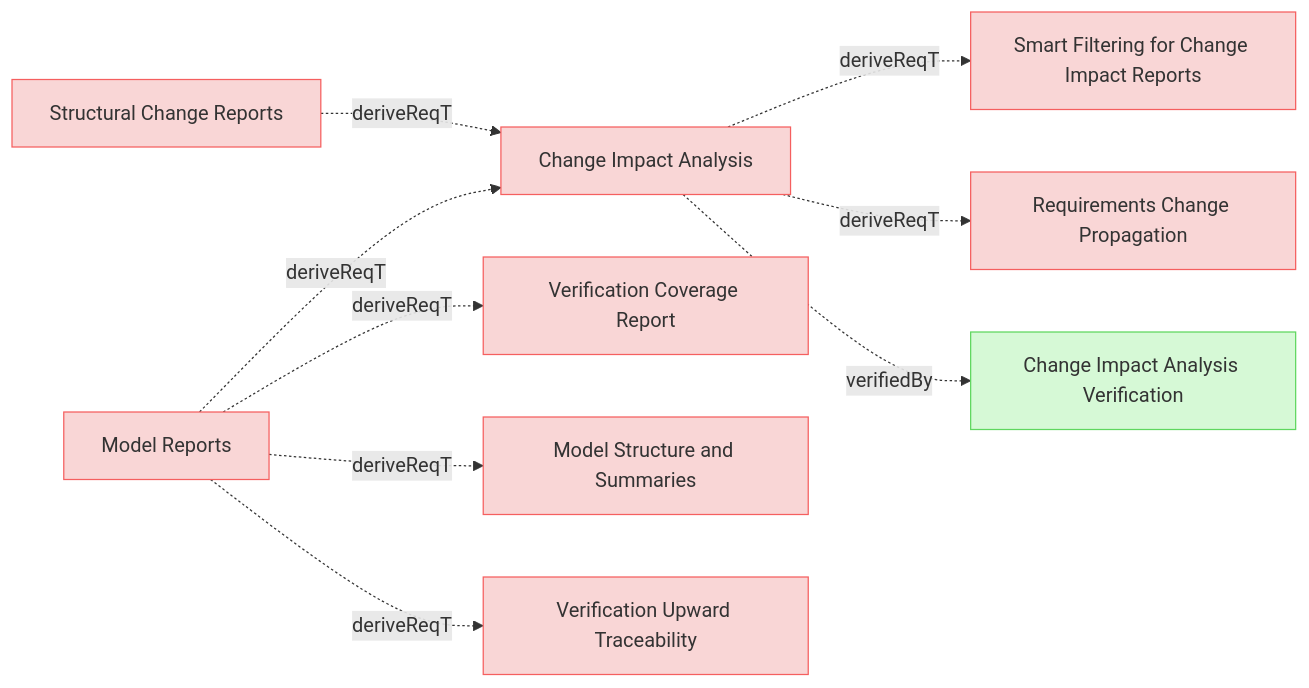
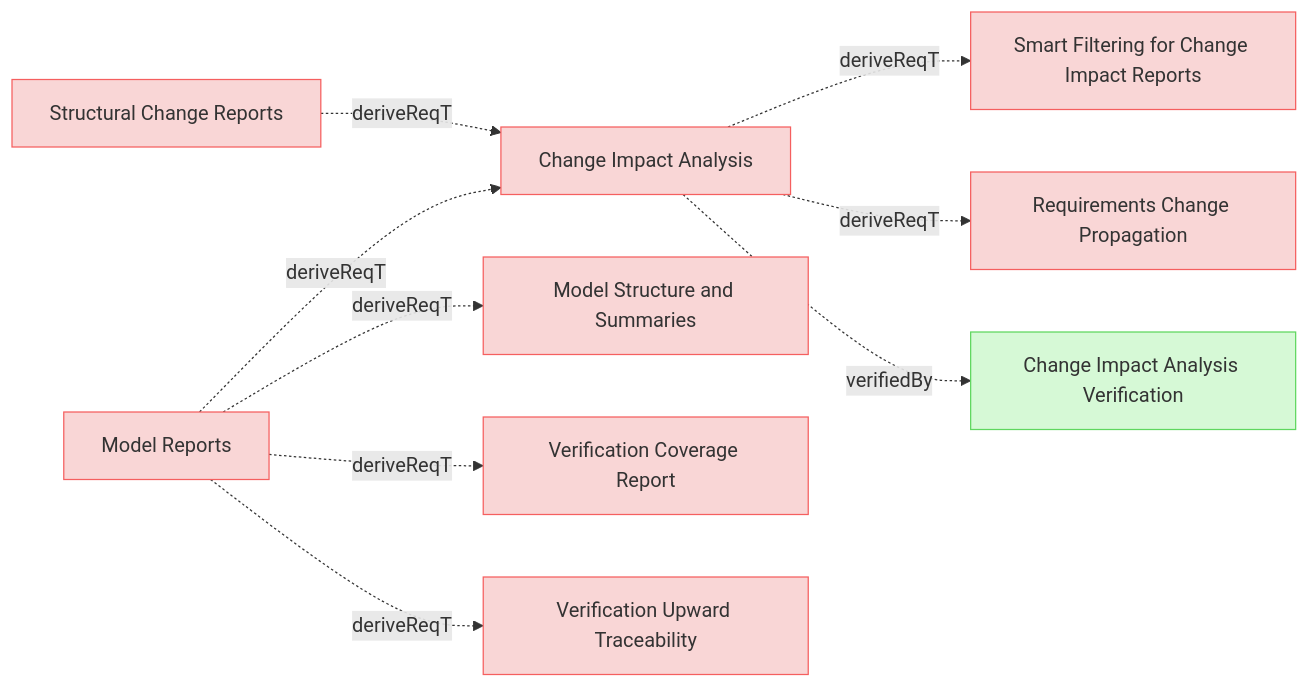
One commit to reqvire-org/reqvire changed the eighth of 9 diagrams in specifications/UserRequirements.md. Above: the diagram before and after it, drawn with Mermaid. The commit also changed other lines of this file and 31 other files, not shown here.

````diff
--- a/specifications/UserRequirements.md
+++ b/specifications/UserRequirements.md
@@ -969,45 +981,45 @@
 ```mermaid
 graph LR;
   %% REQVIRE-AUTOGENERATED-DIAGRAM
   %% Graph styling
   classDef requirement fill:#f9d6d6,stroke:#f55f5f,stroke-width:1px;
   classDef verification fill:#d6f9d6,stroke:#5fd75f,stroke-width:1px;
   classDef externalLink fill:#d0e0ff,stroke:#3080ff,stroke-width:1px;
   classDef default fill:#f5f5f5,stroke:#333333,stroke-width:1px;
 
   9933cac5853a8584["Change Impact Analysis"];
   class 9933cac5853a8584 requirement;
   click 9933cac5853a8584 "UserRequirements.md#change-impact-analysis";
   ced028f36159c967["Smart Filtering for Change Impact Reports"];
   class ced028f36159c967 requirement;
   click ced028f36159c967 "SystemRequirements/ChangeImpactPropagation.md#smart-filtering-for-change-impact-reports";
   9933cac5853a8584 -.->|deriveReqT| ced028f36159c967;
   2054606d7574a553["Requirements Change Propagation"];
   class 2054606d7574a553 requirement;
   click 2054606d7574a553 "SpecificationsRequirements.md#requirements-change-propagation";
   9933cac5853a8584 -.->|deriveReqT| 2054606d7574a553;
   b72d56e7e360fe6c["Change Impact Analysis Verification"];
   class b72d56e7e360fe6c verification;
   click b72d56e7e360fe6c "Verifications/ChangeImpactTests.md#change-impact-analysis-verification";
   9933cac5853a8584 -.->|verifiedBy| b72d56e7e360fe6c;
   70701096d332c0b2["Model Reports"];
   class 70701096d332c0b2 requirement;
   click 70701096d332c0b2 "UserRequirements.md#model-reports";
-  f7a606aa79ba438["Verification Coverage Report"];
-  class f7a606aa79ba438 requirement;
-  click f7a606aa79ba438 "UserRequirements.md#verification-coverage-report";
-  70701096d332c0b2 -.->|deriveReqT| f7a606aa79ba438;
   70701096d332c0b2 -.->|deriveReqT| 9933cac5853a8584;
   ad6f7a2d41d80a38["Model Structure and Summaries"];
   class ad6f7a2d41d80a38 requirement;
   click ad6f7a2d41d80a38 "UserRequirements.md#model-structure-and-summaries";
   70701096d332c0b2 -.->|deriveReqT| ad6f7a2d41d80a38;
+  f7a606aa79ba438["Verification Coverage Report"];
+  class f7a606aa79ba438 requirement;
+  click f7a606aa79ba438 "UserRequirements.md#verification-coverage-report";
+  70701096d332c0b2 -.->|deriveReqT| f7a606aa79ba438;
   7ceb6b9bed1a94e1["Verification Upward Traceability"];
   class 7ceb6b9bed1a94e1 requirement;
   click 7ceb6b9bed1a94e1 "UserRequirements.md#verification-upward-traceability";
   70701096d332c0b2 -.->|deriveReqT| 7ceb6b9bed1a94e1;
   1908501a80db5c46["Structural Change Reports"];
   class 1908501a80db5c46 requirement;
   click 1908501a80db5c46 "UserRequirements.md#structural-change-reports";
   1908501a80db5c46 -.->|deriveReqT| 9933cac5853a8584;
 ```
````
